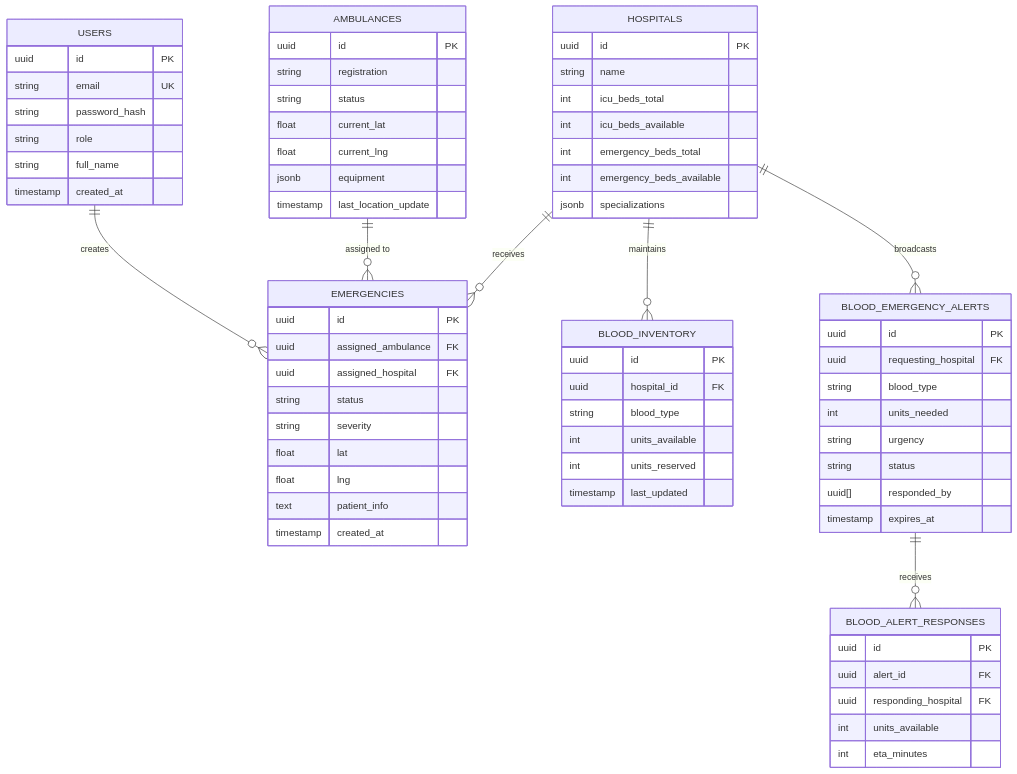
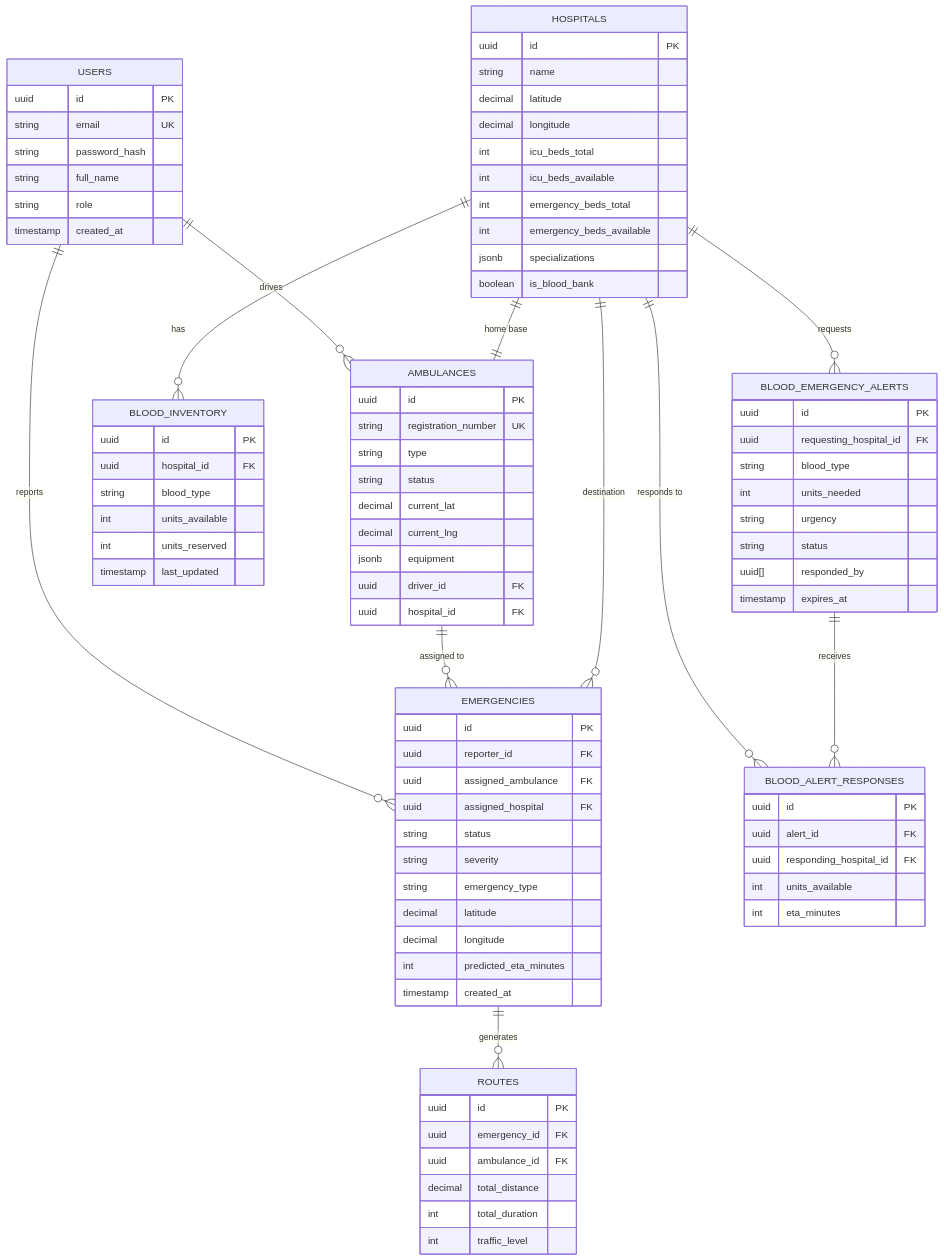
Before and after one commit to Aayush9808/MediRouteX: the fourth of 5 diagrams in README.md, drawn with Mermaid. The commit also changed other lines of this file, not shown here.

Commit message:
🎨 Enhanced both READMEs - fixed image rendering, added 25+ Mermaid diagrams, animations, visual improvements

````diff
--- a/README.md
+++ b/README.md
@@ -477,46 +548,64 @@
 ```mermaid
 erDiagram
+    USERS ||--o{ EMERGENCIES : reports
+    USERS ||--o{ AMBULANCES : drives
+    AMBULANCES ||--o{ EMERGENCIES : "assigned to"
+    HOSPITALS ||--o{ EMERGENCIES : "destination"
+    HOSPITALS ||--|| AMBULANCES : "home base"
+    HOSPITALS ||--o{ BLOOD_INVENTORY : has
+    HOSPITALS ||--o{ BLOOD_EMERGENCY_ALERTS : "requests"
+    HOSPITALS ||--o{ BLOOD_ALERT_RESPONSES : "responds to"
+    BLOOD_EMERGENCY_ALERTS ||--o{ BLOOD_ALERT_RESPONSES : "receives"
+    EMERGENCIES ||--o{ ROUTES : generates
+
     USERS {
         uuid id PK
         string email UK
         string password_hash
+        string full_name
         string role
-        string full_name
         timestamp created_at
     }
-
-    EMERGENCIES {
-        uuid id PK
-        uuid assigned_ambulance FK
-        uuid assigned_hospital FK
-        string status
-        string severity
-        float lat
-        float lng
-        text patient_info
-        timestamp created_at
-    }
-
-    AMBULANCES {
-        uuid id PK
-        string registration
-        string status
-        float current_lat
-        float current_lng
-        jsonb equipment
-        timestamp last_location_update
-    }
-
+    
     HOSPITALS {
         uuid id PK
         string name
+        decimal latitude
+        decimal longitude
         int icu_beds_total
         int icu_beds_available
         int emergency_beds_total
         int emergency_beds_available
         jsonb specializations
+        boolean is_blood_bank
     }
-
+    
+    AMBULANCES {
+        uuid id PK
+        string registration_number UK
+        string type
+        string status
+        decimal current_lat
+        decimal current_lng
+        jsonb equipment
+        uuid driver_id FK
+        uuid hospital_id FK
+    }
+    
+    EMERGENCIES {
+        uuid id PK
+        uuid reporter_id FK
+        uuid assigned_ambulance FK
+        uuid assigned_hospital FK
+        string status
+        string severity
+        string emergency_type
+        decimal latitude
+        decimal longitude
+        int predicted_eta_minutes
+        timestamp created_at
+    }
+    
     BLOOD_INVENTORY {
         uuid id PK
         uuid hospital_id FK
@@ -525,10 +614,10 @@
         int units_reserved
         timestamp last_updated
     }
-
+    
     BLOOD_EMERGENCY_ALERTS {
         uuid id PK
-        uuid requesting_hospital FK
+        uuid requesting_hospital_id FK
         string blood_type
         int units_needed
         string urgency
@@ -536,19 +625,21 @@
         uuid[] responded_by
         timestamp expires_at
     }
-
+    
     BLOOD_ALERT_RESPONSES {
         uuid id PK
         uuid alert_id FK
-        uuid responding_hospital FK
+        uuid responding_hospital_id FK
         int units_available
         int eta_minutes
     }
-
-    USERS ||--o{ EMERGENCIES : "creates"
-    AMBULANCES ||--o{ EMERGENCIES : "assigned to"
-    HOSPITALS ||--o{ EMERGENCIES : "receives"
-    HOSPITALS ||--o{ BLOOD_INVENTORY : "maintains"
-    HOSPITALS ||--o{ BLOOD_EMERGENCY_ALERTS : "broadcasts"
-    BLOOD_EMERGENCY_ALERTS ||--o{ BLOOD_ALERT_RESPONSES : "receives"
+    
+    ROUTES {
+        uuid id PK
+        uuid emergency_id FK
+        uuid ambulance_id FK
+        decimal total_distance
+        int total_duration
+        int traffic_level
+    }
 ```
````
